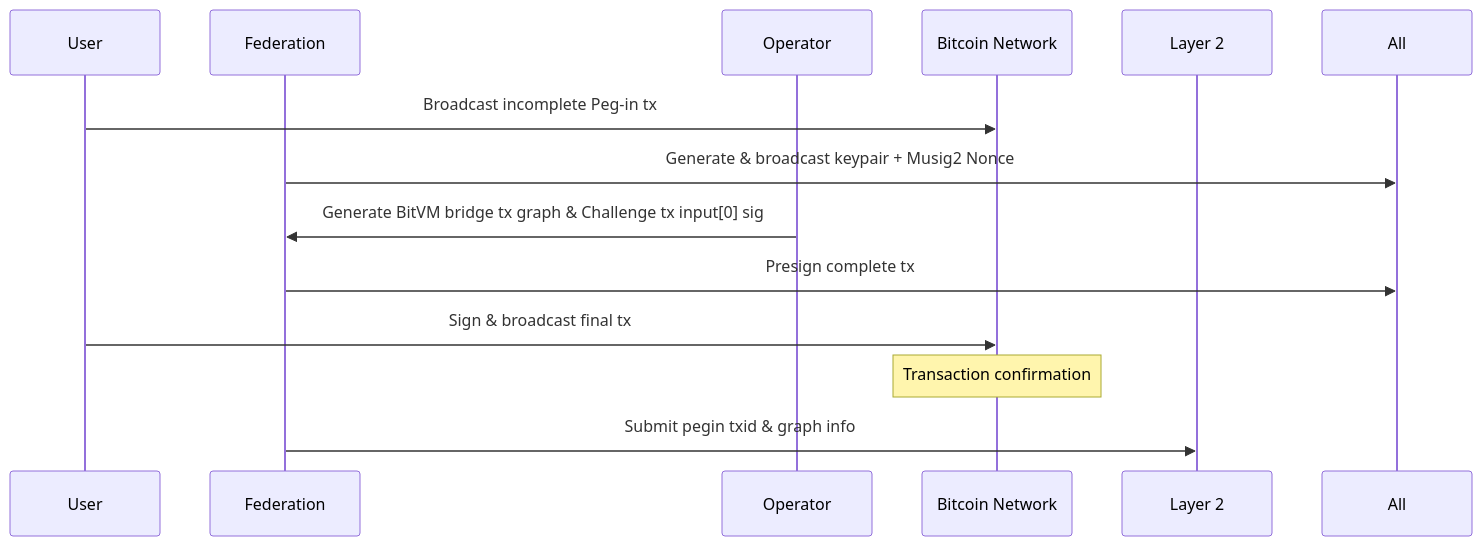
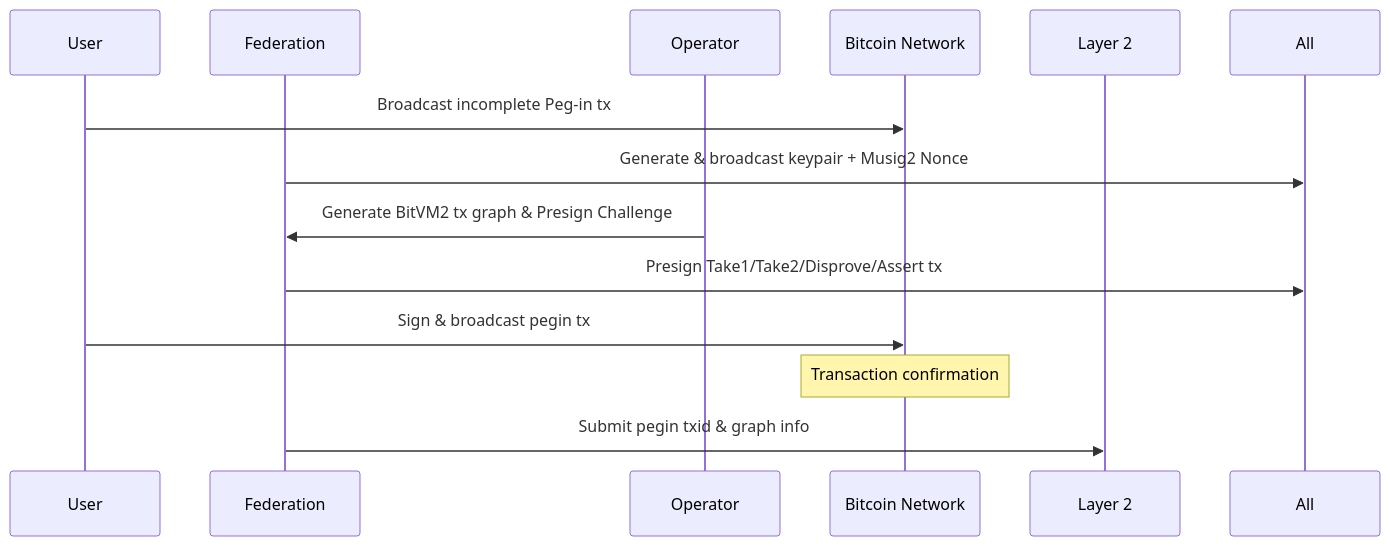
One commit to GOATNetwork/bitvm2-node changed the second of 5 diagrams in README.md. Above: the diagram before and after it, drawn with Mermaid. The commit also changed other lines of this file, not shown here.

Commit message:
feat: add behaviours and metrics

````diff
--- a/README.md
+++ b/README.md
@@ -60,16 +61,16 @@
 ```mermaid
 sequenceDiagram
     participant U as User
     participant F as Federation
     participant O as Operator
     participant B as Bitcoin Network
     participant L2 as Layer 2
 
     U->>B: Broadcast incomplete Peg-in tx
     F->>All: Generate & broadcast keypair + Musig2 Nonce
-    O->>F: Generate BitVM bridge tx graph & Challenge tx input[0] sig
-    F->>All: Presign complete tx
-    U->>B: Sign & broadcast final tx
+    O->>F: Generate BitVM2 tx graph & Presign Challenge 
+    F->>All: Presign Take1/Take2/Disprove/Assert tx
+    U->>B: Sign & broadcast pegin tx
     Note over B: Transaction confirmation
     F->>L2: Submit pegin txid & graph info
 ```
````
